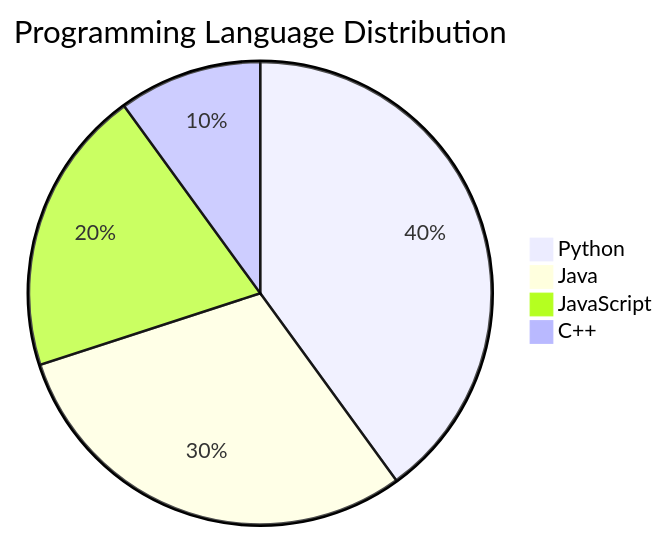
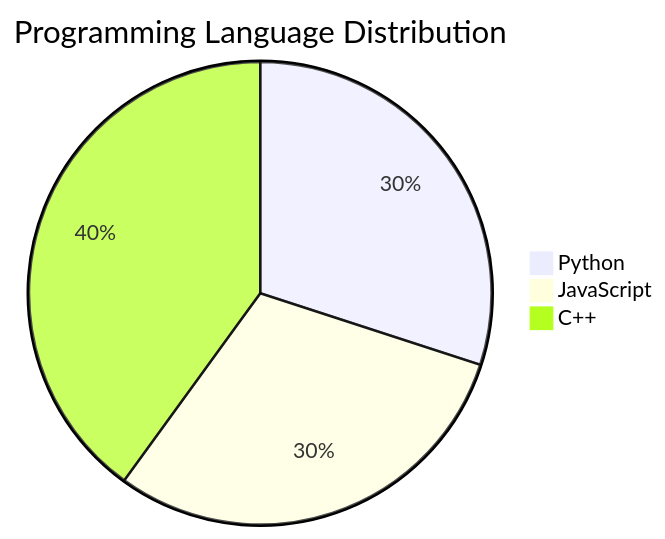
The diagram in README.md (MANI8148/MANI8148), drawn with Mermaid before and after one commit. The commit also changed other lines of this file, not shown here.

First line of the commit message:
Revise language distribution and remove timeline

````diff
--- a/README.md
+++ b/README.md
@@ -15,8 +15,7 @@
 ```mermaid
 pie
     title Programming Language Distribution
-    "Python": 40
-    "Java": 30
-    "JavaScript": 20
-    "C++": 10
+    "Python": 30
+    "JavaScript": 30
+    "C++": 40
 ```
````
